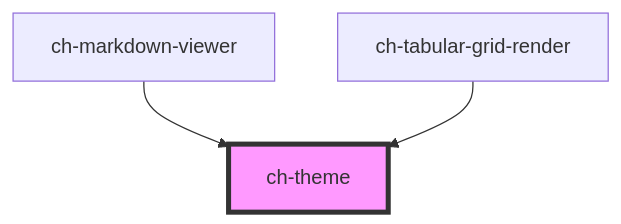
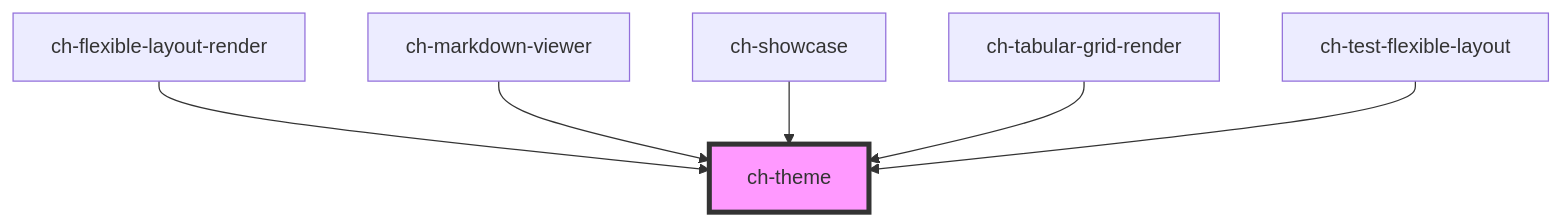
The diagram in src/components/theme/readme.md (genexuslabs/chameleon-controls-library), drawn with Mermaid before and after one commit. The commit also changed other lines of this file and 4 other files, not shown here.

````diff
--- a/src/components/theme/readme.md
+++ b/src/components/theme/readme.md
@@ -40,6 +43,9 @@
 ```mermaid
 graph TD;
+  ch-flexible-layout-render --> ch-theme
   ch-markdown-viewer --> ch-theme
+  ch-showcase --> ch-theme
   ch-tabular-grid-render --> ch-theme
+  ch-test-flexible-layout --> ch-theme
   style ch-theme fill:#f9f,stroke:#333,stroke-width:4px
 ```
````
